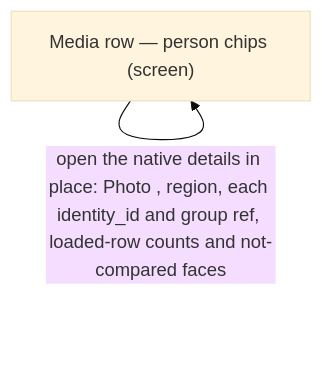
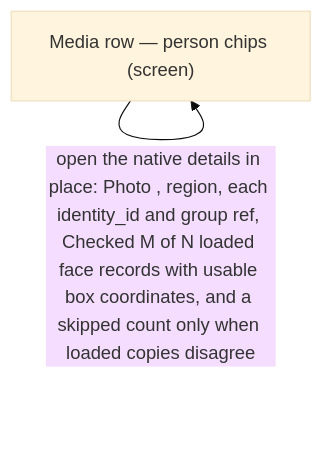
One commit to darce/context-alt-text-monorepo changed the first of 2 diagrams in apps/prototype-wp-alt-context/docs/ux-maps/workbench-identity-chips.md. Above: the diagram before and after it, drawn with Mermaid (base theme). The commit also changed other lines of this file and 2 other files, not shown here.

First line of the commit message:
feature-uxrec-1-map4-7f043c1c: align identity map pool accounting with plan

````diff
--- a/apps/prototype-wp-alt-context/docs/ux-maps/workbench-identity-chips.md
+++ b/apps/prototype-wp-alt-context/docs/ux-maps/workbench-identity-chips.md
@@ -322,9 +334,9 @@
 ```mermaid
 flowchart TD
   %% flow: UXREC-1: exact repeated photo region → in-place details → unchanged naming job=job-media-person-chips
-  %% steps: [{"screen_id":"workbench-media-row-person-chips","branch_label":"row loads its faces; buildRepeatedRegionEvidence reads the raw records before groupIdentitiesByClusters de-duplicates within a group"},{"screen_id":"workbench-media-row-person-chips","branch_label":"same positive media_id and identical finite region under two or more group keys → a summary on each involved card or section; otherwise nothing renders"},{"screen_id":"workbench-media-row-person-chips","branch_label":"open the native details in place: Photo <media_id>, region, each identity_id and group ref, loaded-row counts and not-compared faces"},{"screen_id":"workbench-media-row-person-chips","branch_label":"naming, Remove from group and Split keep their original identity and group targets; closing the details changes nothing"}]
+  %% steps: [{"screen_id":"workbench-media-row-person-chips","branch_label":"row loads its faces; buildRepeatedRegionEvidence reads the raw records before groupIdentitiesByClusters de-duplicates within a group"},{"screen_id":"workbench-media-row-person-chips","branch_label":"same positive media_id and identical finite region under two or more group keys → a summary on each involved card or section; otherwise nothing renders"},{"screen_id":"workbench-media-row-person-chips","branch_label":"open the native details in place: Photo <media_id>, region, each identity_id and group ref, Checked M of N loaded face records with usable box coordinates, and a skipped count only when loaded copies disagree"},{"screen_id":"workbench-media-row-person-chips","branch_label":"naming, Remove from group and Split keep their original identity and group targets; closing the details changes nothing"}]
   n_workbench_media_row_person_chips["Media row — person chips (screen)"]
   n_workbench_media_row_person_chips -->|row loads its faces; buildRepeatedRegionEvidence reads the raw records before groupIdentitiesByClusters de-duplicates within a group| n_workbench_media_row_person_chips
   n_workbench_media_row_person_chips -->|same positive media_id and identical finite region under two or more group keys → a summary on each involved card or section; otherwise nothing renders| n_workbench_media_row_person_chips
-  n_workbench_media_row_person_chips -->|open the native details in place: Photo <media_id>, region, each identity_id and group ref, loaded-row counts and not-compared faces| n_workbench_media_row_person_chips
+  n_workbench_media_row_person_chips -->|open the native details in place: Photo <media_id>, region, each identity_id and group ref, Checked M of N loaded face records with usable box coordinates, and a skipped count only when loaded copies disagree| n_workbench_media_row_person_chips
 ```
````
